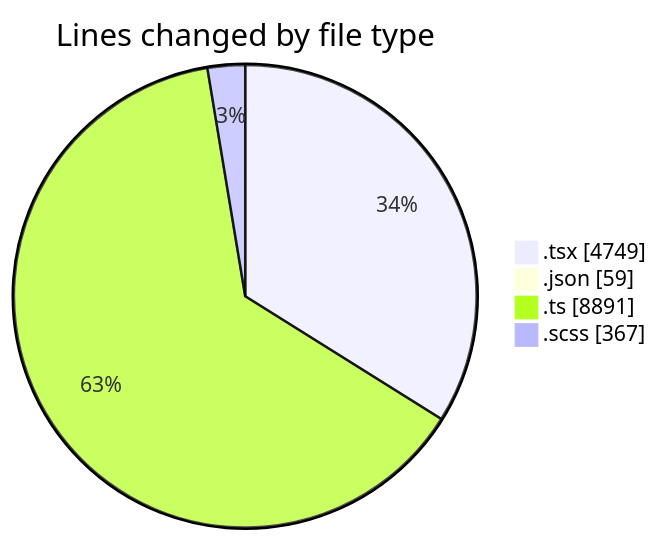
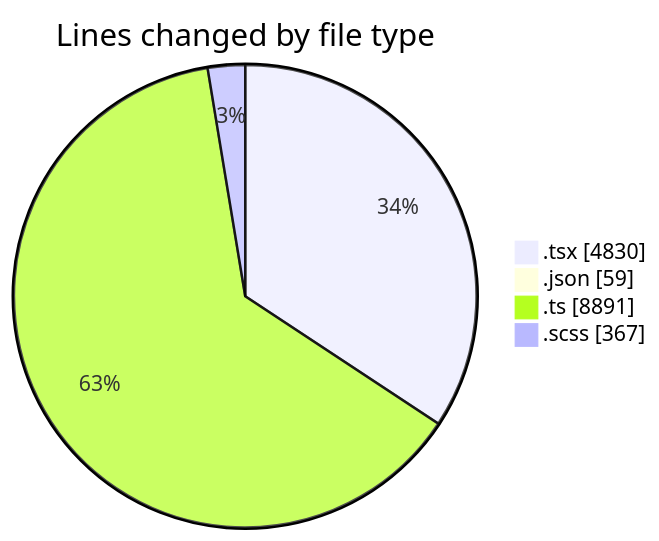
One commit to momahboobian/code-tracking changed the first of 2 diagrams in 2025-11-24/cda/README.md. Above: the diagram before and after it, drawn with Mermaid. The commit also changed other lines of this file and 1 other file, not shown here.

````diff
--- a/2025-11-24/cda/README.md
+++ b/2025-11-24/cda/README.md
@@ -37,8 +37,8 @@
 ```mermaid
 pie showData
 title Lines changed by file type
-".tsx" : 4749
+".tsx" : 4830
 ".json" : 59
 ".ts" : 8891
 ".scss" : 367
 ```
````
